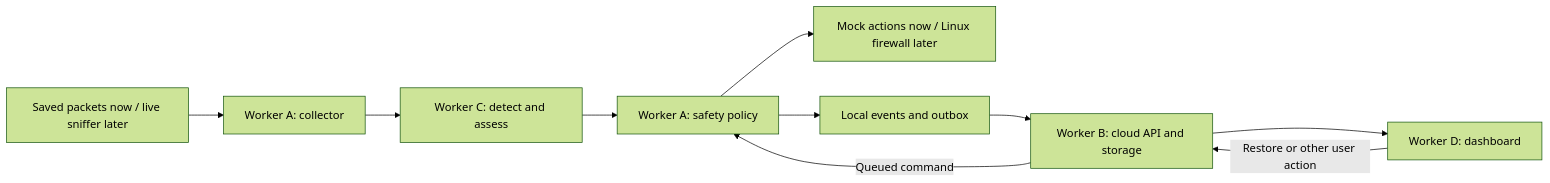
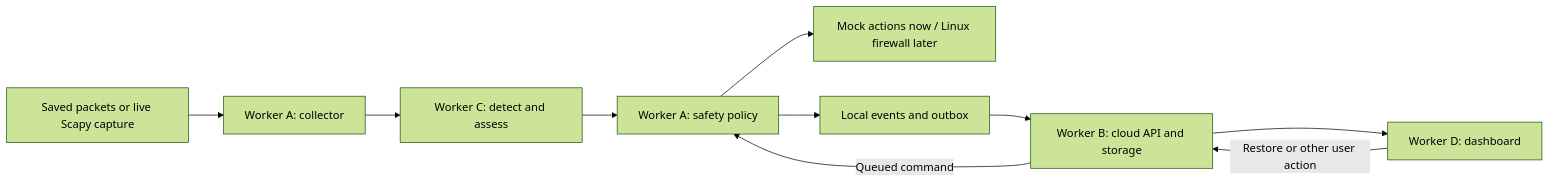
Before and after one commit to Rishikesh427/SecurIoT: the diagram in agent/INTEGRATION.md, drawn with Mermaid (forest theme). The commit also changed other lines of this file and 22 other files, not shown here.

````diff
--- a/agent/INTEGRATION.md
+++ b/agent/INTEGRATION.md
@@ -14,12 +15,12 @@
 ```mermaid
 flowchart LR
-    P[Saved packets now / live sniffer later] --> A[Worker A: collector]
+    P[Saved packets or live Scapy capture] --> A[Worker A: collector]
     A --> C[Worker C: detect and assess]
     C --> S[Worker A: safety policy]
     S --> E[Mock actions now / Linux firewall later]
     S --> O[Local events and outbox]
     O --> B[Worker B: cloud API and storage]
     B --> D[Worker D: dashboard]
     D -->|Restore or other user action| B
     B -->|Queued command| S
 ```
````
